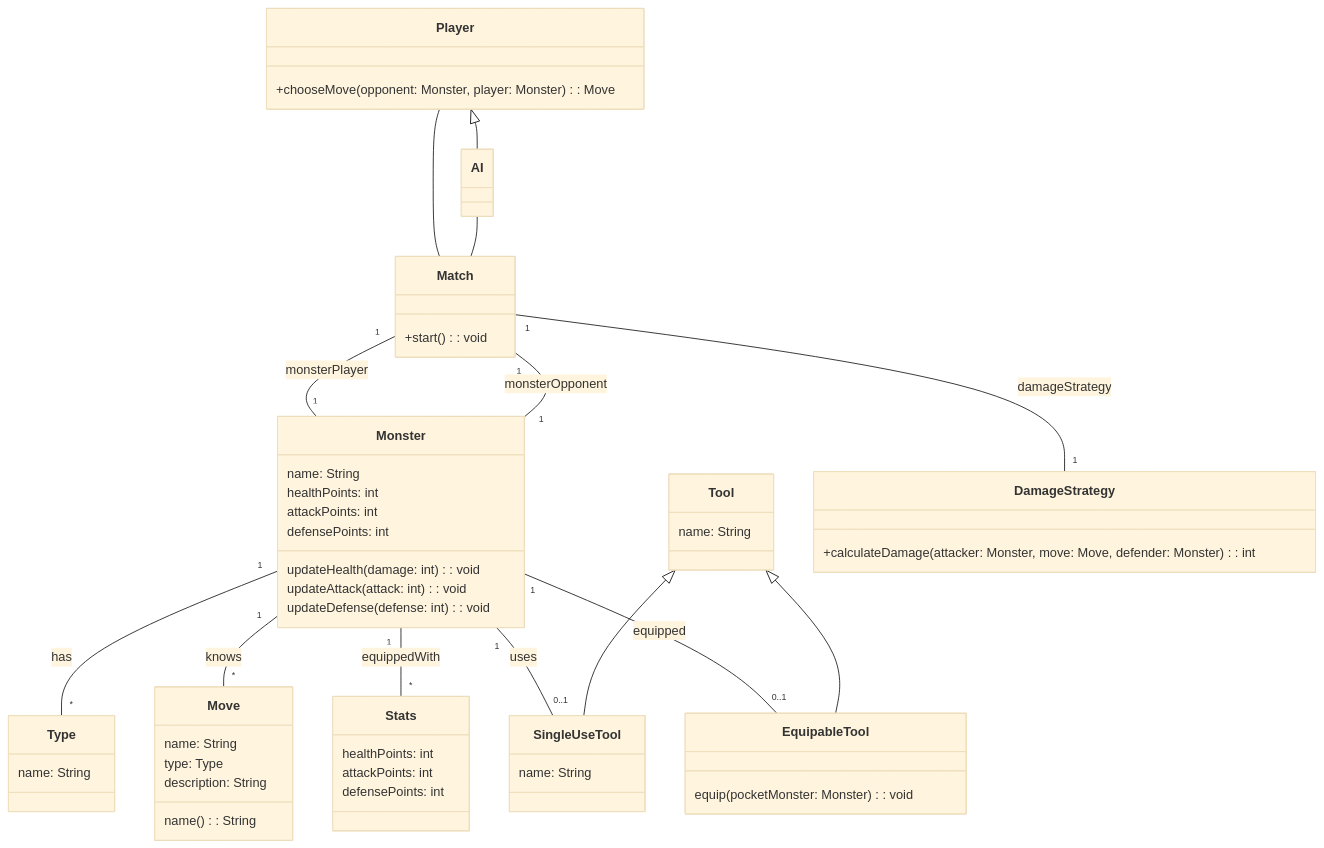
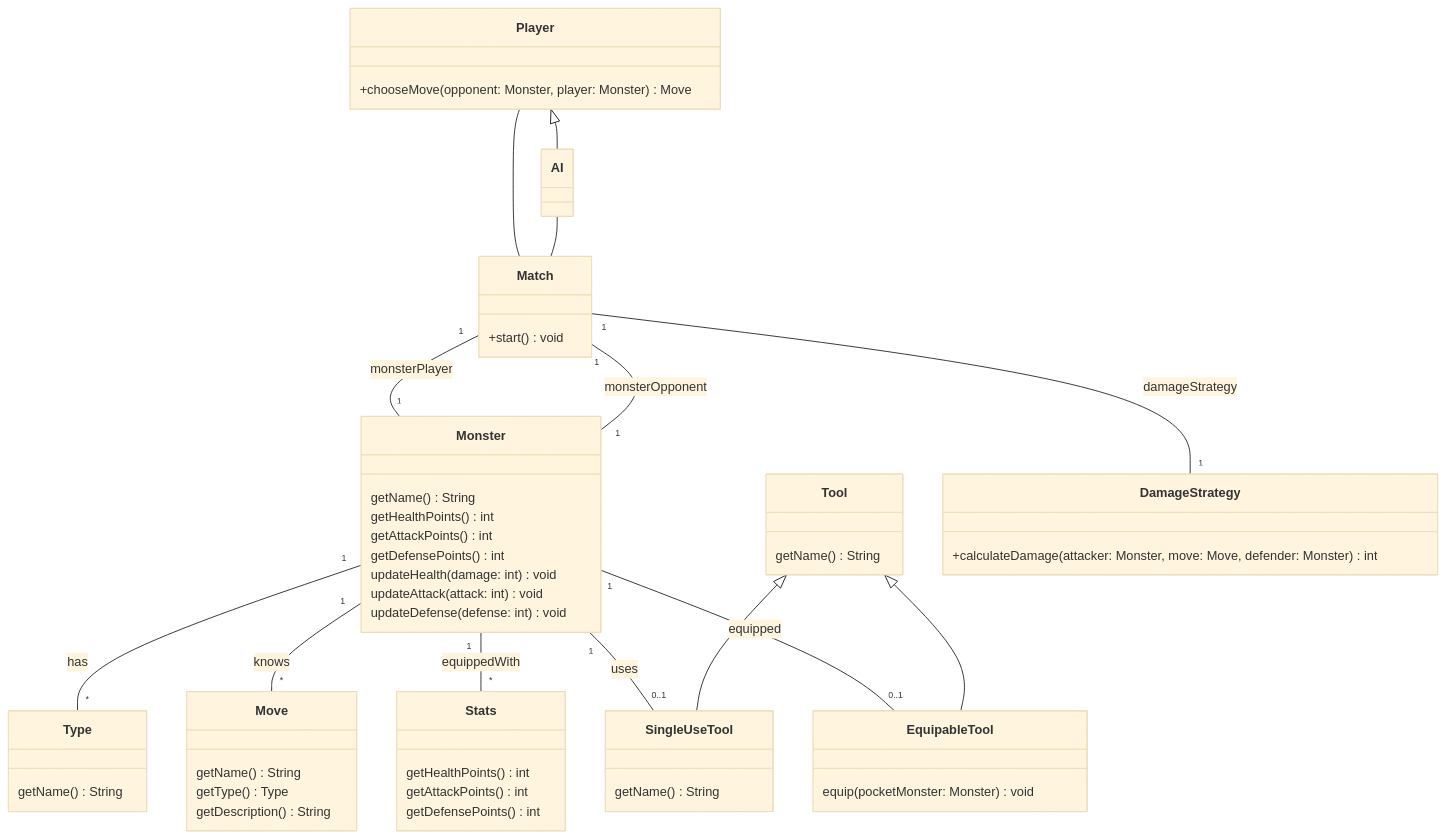
One commit to cric96/pocket-monster-pss-example changed the first of 3 diagrams in REPORT.md. Above: the diagram before and after it, drawn with Mermaid (base theme). The commit also changed other lines of this file, not shown here.

````diff
--- a/REPORT.md
+++ b/REPORT.md
@@ -37,61 +56,60 @@
 ```mermaid
 classDiagram
 class Monster {
-    name: String
-    healthPoints: int
-    attackPoints: int
-    defensePoints: int
-    updateHealth(damage: int): void
-    updateAttack(attack: int): void
-    updateDefense(defense: int): void
+    getName() String
+    getHealthPoints() int
+    getAttackPoints() int
+    getDefensePoints() int
+    updateHealth(damage: int) void
+    updateAttack(attack: int) void
+    updateDefense(defense: int) void
 }
 
 class Stats {
-    healthPoints: int
-    attackPoints: int
-    defensePoints: int
+    getHealthPoints() int
+    getAttackPoints() int
+    getDefensePoints() int
 }
 
 class Type {
-    name: String
+    getName() String
 }
 class Tool {
-    name: String
+    getName() String
 }
 class SingleUseTool {
-    name: String
+    getName() String
 }
 
 class EquipableTool {
-    equip(pocketMonster: Monster): void
+    equip(pocketMonster: Monster) void
 }
 class Move {
-    name: String
-    type: Type
-    description: String
-    name(): String
+    getName() String
+    getType() Type
+    getDescription() String
 }
 class Match {
-    +start(): void
+    +start() void
 }
 class Player {
-    +chooseMove(opponent: Monster, player: Monster): Move
+    +chooseMove(opponent: Monster, player: Monster) Move
 }
 class DamageStrategy {
-    +calculateDamage(attacker: Monster, move: Move, defender: Monster): int
+    +calculateDamage(attacker: Monster, move: Move, defender: Monster) int
 }
 
 Monster "1" -- "*" Type : has
 Monster "1" -- "*" Move : knows
 Monster "1" -- "*" Stats : equippedWith
 Monster "1" -- "0..1" SingleUseTool : uses
 Monster "1" -- "0..1" EquipableTool : equipped
 Match "1" -- "1" Monster : monsterPlayer
 Match "1" -- "1" Monster : monsterOpponent
 Match "1" -- "1" DamageStrategy : damageStrategy
 Tool <|-- SingleUseTool
 Tool <|-- EquipableTool
 Player <|-- AI
 Player -- Match
 AI -- Match
 ```
````
